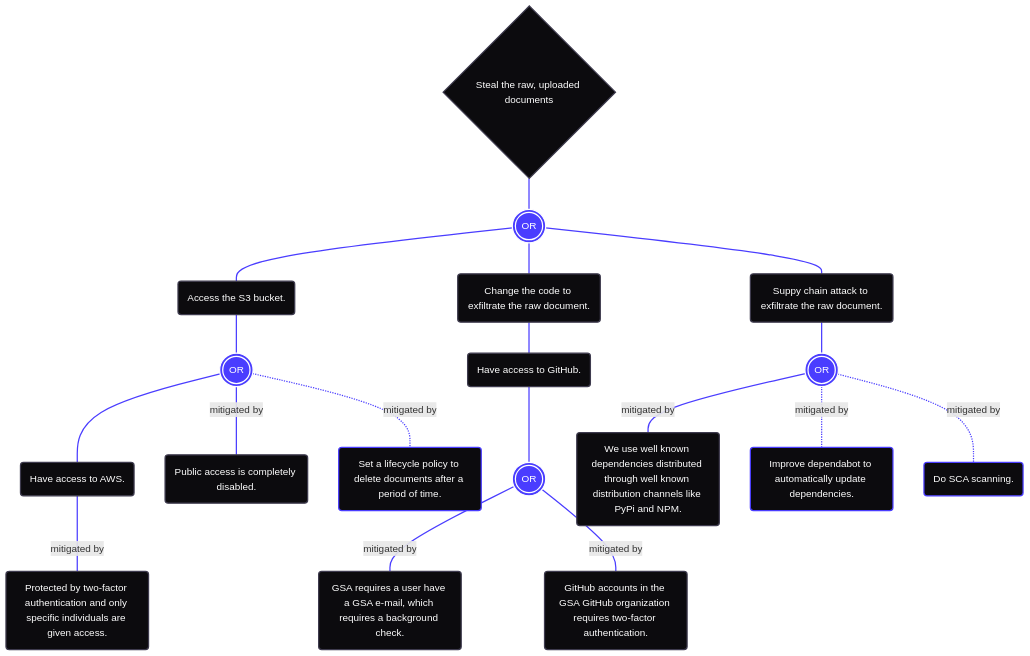
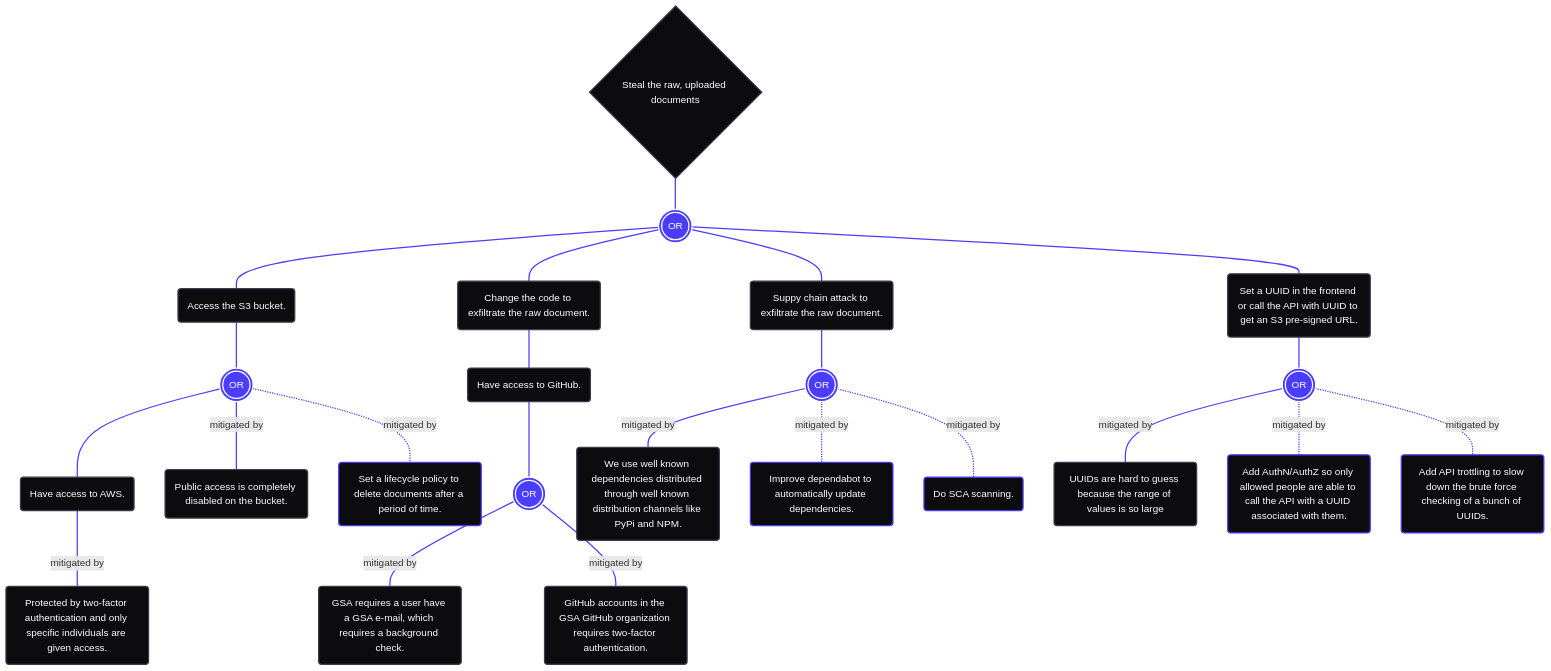
Before and after one commit to gsa-tts-archived/document-extractor-poc: the second of 4 diagrams in docs/THREAT_MODEL.md, drawn with Mermaid. The commit also changed other lines of this file and 1 other file, not shown here.

````diff
--- a/docs/THREAT_MODEL.md
+++ b/docs/THREAT_MODEL.md
@@ -106,35 +111,43 @@
 ```mermaid
 flowchart TD
   A0{Steal the raw, uploaded documents}:::objective
     A0---B1(((OR))):::booleanOr
       B1---C1(Access the S3 bucket.):::condition
         C1---D1(((OR))):::booleanOr
           D1---E1(Have access to AWS.):::condition
             E1-- mitigated by ---F1(Protected by two-factor authentication and only specific individuals are given access.):::condition
-          D1-- mitigated by ---E2(Public access is completely disabled.):::condition
+          D1-- mitigated by ---E2(Public access is completely disabled on the bucket.):::condition
           D1-. mitigated by .-E3(Set a lifecycle policy to delete documents after a period of time.):::condition
       B1---C2(Change the code to exfiltrate the raw document.):::condition
         C2---D2(Have access to GitHub.):::condition
           D2---E4(((OR))):::booleanOr
             E4-- mitigated by ---F2(GSA requires a user have a GSA e-mail, which requires a background check.):::condition
             E4-- mitigated by ---F3(GitHub accounts in the GSA GitHub organization requires two-factor authentication.):::condition
       B1---C3(Suppy chain attack to exfiltrate the raw document.):::condition
         C3---D3(((OR))):::booleanOr
           D3-- mitigated by ---E5(We use well known dependencies distributed through well known distribution channels like PyPi and NPM.):::condition
           D3-. mitigated by .-E6(Improve dependabot to automatically update dependencies.):::condition
           D3-. mitigated by .-E7(Do SCA scanning.):::condition
+      B1---C4(Set a UUID in the frontend or call the API with UUID to get an S3 pre-signed URL.):::condition
+        C4---D4(((OR))):::booleanOr
+          D4-- mitigated by ---E8(UUIDs are hard to guess because the range of values is so large):::condition
+          D4-. mitigated by .-E9(Add AuthN/AuthZ so only allowed people are able to call the API with a UUID associated with them.):::condition
+          D4-. mitigated by .-E10(Add API trottling to slow down the brute force checking of a bunch of UUIDs.):::condition
   classDef objective fill:#0c0b0e,color:#ffffff,stroke:#3e3b4e,stroke-width:2px
   classDef condition fill:#0c0b0e,color:#ffffff,stroke:#3e3b4e,stroke-width:2px
   classDef assumption fill:#0c0b0e,color:#ffffff,stroke:#3e3b4e,stroke-width:2px
   classDef booleanAnd fill:#4a3dff,color:#ffffff,stroke:#ffffff,stroke-width:2px
   classDef booleanOr fill:#4a3dff,color:#ffffff,stroke:#ffffff,stroke-width:2px
   style F1 stroke:#4a3dff,stroke-width:2px,fill:#0c0b0e,color:#ffffff,stroke:#3e3b4e,stroke-width:2px
   style E2 stroke:#4a3dff,stroke-width:2px,fill:#0c0b0e,color:#ffffff,stroke:#3e3b4e,stroke-width:2px
   style E3 stroke:#4a3dff,stroke-width:2px
   style F2 stroke:#4a3dff,stroke-width:2px,fill:#0c0b0e,color:#ffffff,stroke:#3e3b4e,stroke-width:2px
   style F3 stroke:#4a3dff,stroke-width:2px,fill:#0c0b0e,color:#ffffff,stroke:#3e3b4e,stroke-width:2px
   style E5 stroke:#4a3dff,stroke-width:2px,fill:#0c0b0e,color:#ffffff,stroke:#3e3b4e,stroke-width:2px
   style E6 stroke:#4a3dff,stroke-width:2px
   style E7 stroke:#4a3dff,stroke-width:2px
-  linkStyle 0,1,2,3,4,5,6,7,8,9,10,11,12,13,14,15,16 stroke:#4a3dff,stroke-width:2px
+  style E8 stroke:#4a3dff,stroke-width:2px,fill:#0c0b0e,color:#ffffff,stroke:#3e3b4e,stroke-width:2px
+  style E9 stroke:#4a3dff,stroke-width:2px
+  style E10 stroke:#4a3dff,stroke-width:2px
+  linkStyle 0,1,2,3,4,5,6,7,8,9,10,11,12,13,14,15,16,17,18,19,20,21 stroke:#4a3dff,stroke-width:2px
 ```
````
